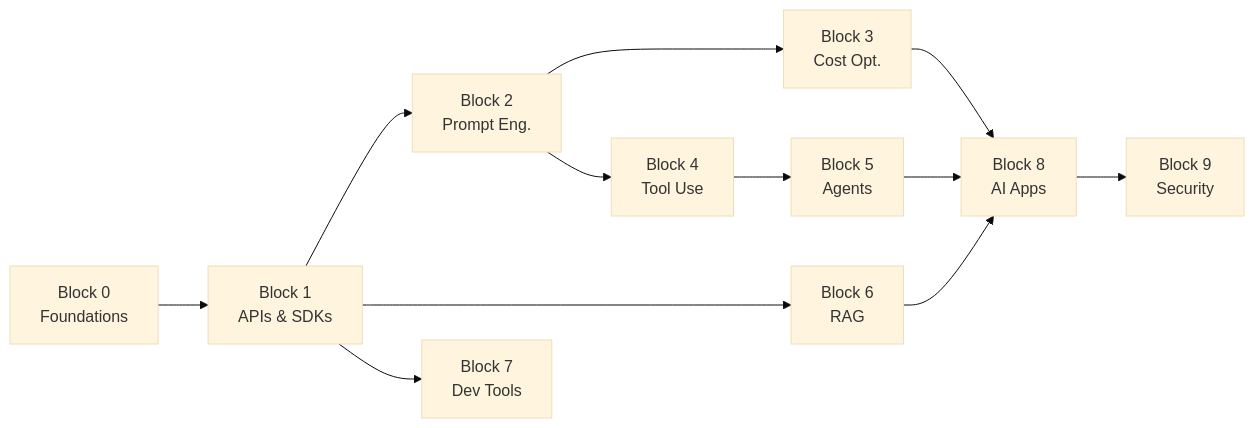
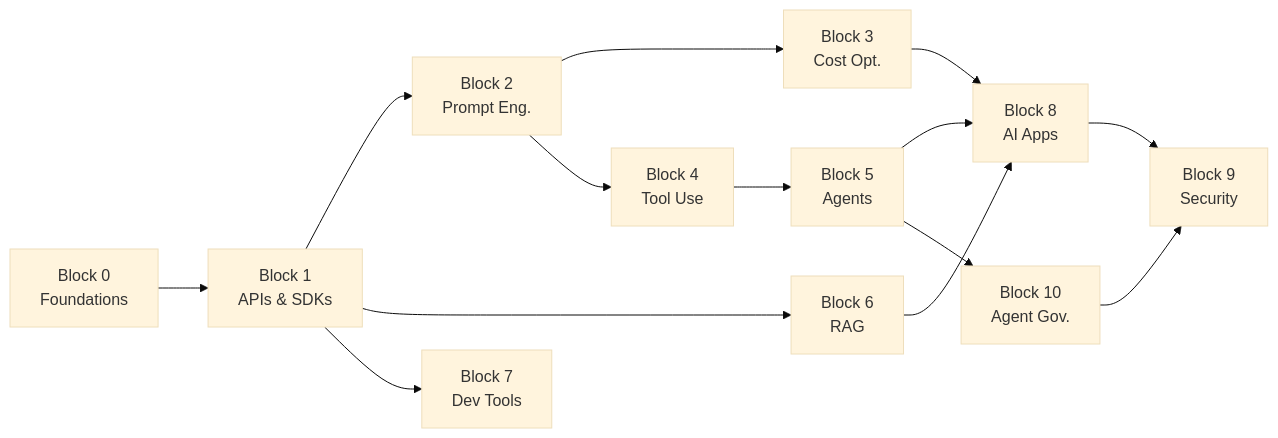
Before and after one commit to cmartineztdl/ai-knowhow: the diagram in docs/COURSE_OUTLINE.md, drawn with Mermaid (base theme). The commit also changed other lines of this file and 17 other files, not shown here.

Commit message:
Add Block 10 documentation on Agent Security & Governance, covering sandboxing, file/network controls, HITL, audit logging, and RBAC, and update course navigation

````diff
--- a/docs/COURSE_OUTLINE.md
+++ b/docs/COURSE_OUTLINE.md
@@ -167,14 +181,16 @@
 ```mermaid
 graph LR
   B0[Block 0<br>Foundations] --> B1[Block 1<br>APIs & SDKs]
   B1 --> B2[Block 2<br>Prompt Eng.]
   B2 --> B3[Block 3<br>Cost Opt.]
   B2 --> B4[Block 4<br>Tool Use]
   B4 --> B5[Block 5<br>Agents]
   B1 --> B6[Block 6<br>RAG]
   B5 --> B8[Block 8<br>AI Apps]
   B6 --> B8
   B3 --> B8
   B8 --> B9[Block 9<br>Security]
+  B5 --> B10[Block 10<br>Agent Gov.]
+  B10 --> B9
   B1 --> B7[Block 7<br>Dev Tools]
 ```
````
